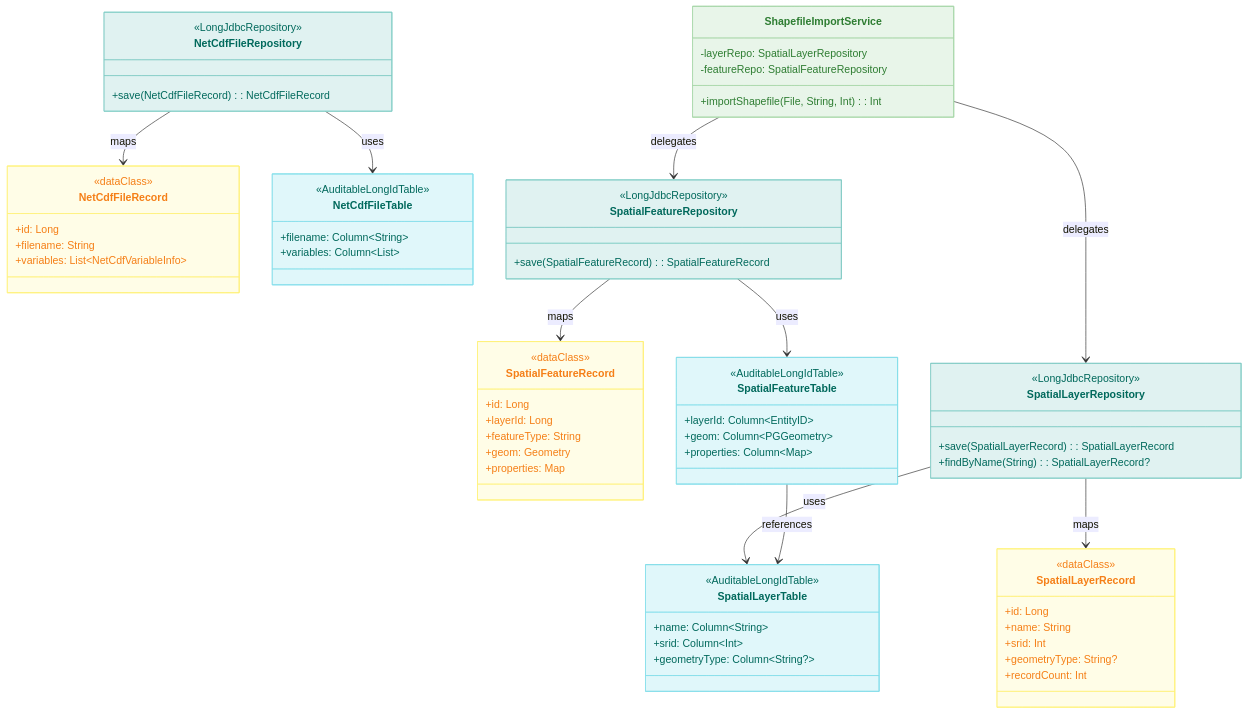
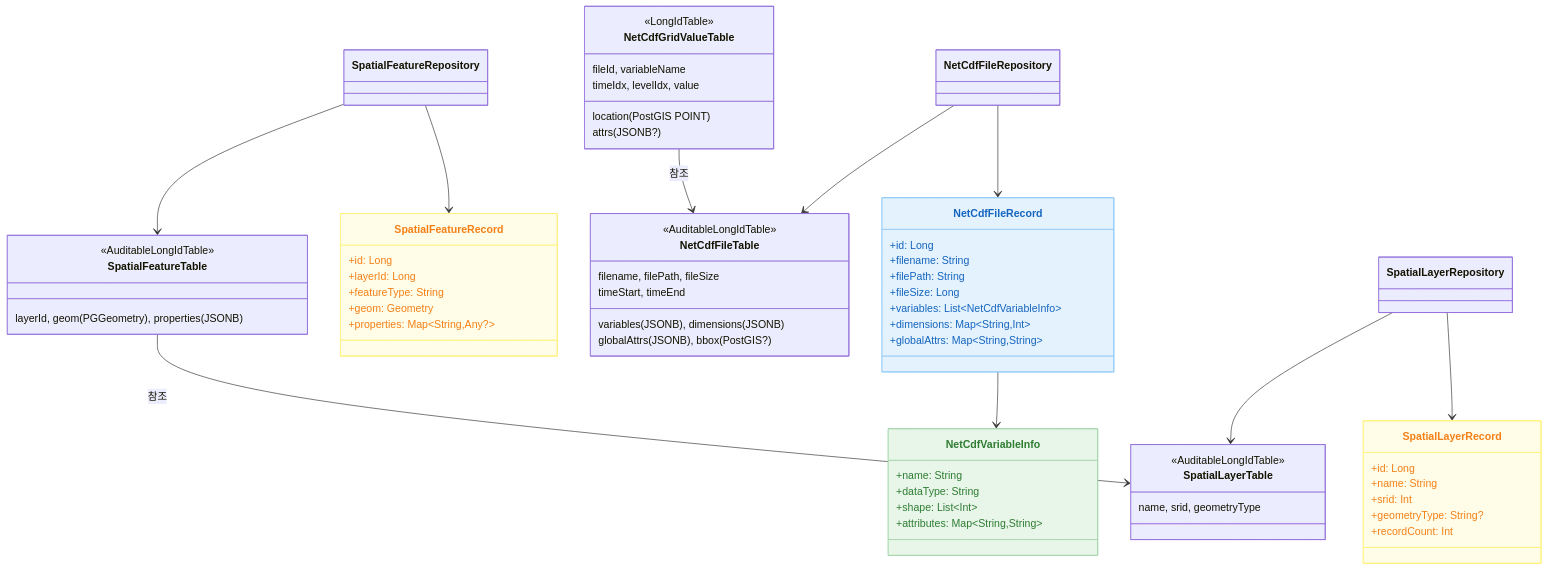
The third of 3 diagrams in utils/science/README.ko.md (bluetape4k/bluetape4k-projects), drawn with Mermaid before and after one commit. The commit also changed other lines of this file and 2 other files, not shown here.

First line of the commit message:
docs(utils/science): README 전면 재작성 — NetCDF/Shapefile/GIS/JTS/PostGIS 통합 가이드 (#128)

````diff
--- a/utils/science/README.ko.md
+++ b/utils/science/README.ko.md
@@ -99,7 +122,6 @@
     direction TB
 
     class SpatialLayerRecord {
-        <<dataClass>>
         +id: Long
         +name: String
         +srid: Int
@@ -107,77 +129,63 @@
         +recordCount: Int
     }
     class SpatialFeatureRecord {
-        <<dataClass>>
         +id: Long
         +layerId: Long
         +featureType: String
         +geom: Geometry
-        +properties: Map
+        +properties: Map~String,Any?~
     }
     class NetCdfFileRecord {
-        <<dataClass>>
         +id: Long
         +filename: String
+        +filePath: String
+        +fileSize: Long
         +variables: List~NetCdfVariableInfo~
+        +dimensions: Map~String,Int~
+        +globalAttrs: Map~String,String~
+    }
+    class NetCdfVariableInfo {
+        +name: String
+        +dataType: String
+        +shape: List~Int~
+        +attributes: Map~String,String~
     }
 
     class SpatialLayerTable {
         <<AuditableLongIdTable>>
-        +name: Column~String~
-        +srid: Column~Int~
-        +geometryType: Column~String?~
+        name, srid, geometryType
     }
     class SpatialFeatureTable {
         <<AuditableLongIdTable>>
-        +layerId: Column~EntityID~
-        +geom: Column~PGGeometry~
-        +properties: Column~Map~
+        layerId, geom(PGGeometry), properties(JSONB)
     }
     class NetCdfFileTable {
         <<AuditableLongIdTable>>
-        +filename: Column~String~
-        +variables: Column~List~
+        filename, filePath, fileSize
+        variables(JSONB), dimensions(JSONB)
+        globalAttrs(JSONB), bbox(PostGIS?)
+        timeStart, timeEnd
+    }
+    class NetCdfGridValueTable {
+        <<LongIdTable>>
+        fileId, variableName
+        location(PostGIS POINT)
+        timeIdx, levelIdx, value
+        attrs(JSONB?)
     }
 
-    class SpatialLayerRepository {
-        <<LongJdbcRepository>>
-        +save(SpatialLayerRecord): SpatialLayerRecord
-        +findByName(String): SpatialLayerRecord?
-    }
-    class SpatialFeatureRepository {
-        <<LongJdbcRepository>>
-        +save(SpatialFeatureRecord): SpatialFeatureRecord
-    }
-    class NetCdfFileRepository {
-        <<LongJdbcRepository>>
-        +save(NetCdfFileRecord): NetCdfFileRecord
-    }
+    SpatialLayerRepository --> SpatialLayerTable
+    SpatialLayerRepository --> SpatialLayerRecord
+    SpatialFeatureRepository --> SpatialFeatureTable
+    SpatialFeatureRepository --> SpatialFeatureRecord
+    NetCdfFileRepository --> NetCdfFileTable
+    NetCdfFileRepository --> NetCdfFileRecord
+    NetCdfFileRecord --> NetCdfVariableInfo
+    SpatialFeatureTable --> SpatialLayerTable : 참조
+    NetCdfGridValueTable --> NetCdfFileTable : 참조
 
-    class ShapefileImportService {
-        -layerRepo: SpatialLayerRepository
-        -featureRepo: SpatialFeatureRepository
-        +importShapefile(File, String, Int): Int
-    }
-
-    SpatialLayerRepository --> SpatialLayerTable : uses
-    SpatialLayerRepository --> SpatialLayerRecord : maps
-    SpatialFeatureRepository --> SpatialFeatureTable : uses
-    SpatialFeatureRepository --> SpatialFeatureRecord : maps
-    NetCdfFileRepository --> NetCdfFileTable : uses
-    NetCdfFileRepository --> NetCdfFileRecord : maps
-    ShapefileImportService --> SpatialLayerRepository : delegates
-    ShapefileImportService --> SpatialFeatureRepository : delegates
-    SpatialFeatureTable --> SpatialLayerTable : references
-
+    style NetCdfFileRecord fill:#E3F2FD,stroke:#90CAF9,color:#1565C0
     style SpatialLayerRecord fill:#FFFDE7,stroke:#FFF176,color:#F57F17
     style SpatialFeatureRecord fill:#FFFDE7,stroke:#FFF176,color:#F57F17
-    style NetCdfFileRecord fill:#FFFDE7,stroke:#FFF176,color:#F57F17
-    style SpatialLayerTable fill:#E0F7FA,stroke:#80DEEA,color:#00695C
-    style SpatialFeatureTable fill:#E0F7FA,stroke:#80DEEA,color:#00695C
-    style NetCdfFileTable fill:#E0F7FA,stroke:#80DEEA,color:#00695C
-    style SpatialLayerRepository fill:#E0F2F1,stroke:#80CBC4,color:#00695C
-    style SpatialFeatureRepository fill:#E0F2F1,stroke:#80CBC4,color:#00695C
-    style NetCdfFileRepository fill:#E0F2F1,stroke:#80CBC4,color:#00695C
-    style ShapefileImportService fill:#E8F5E9,stroke:#A5D6A7,color:#2E7D32
-
+    style NetCdfVariableInfo fill:#E8F5E9,stroke:#A5D6A7,color:#2E7D32
 ```
````
